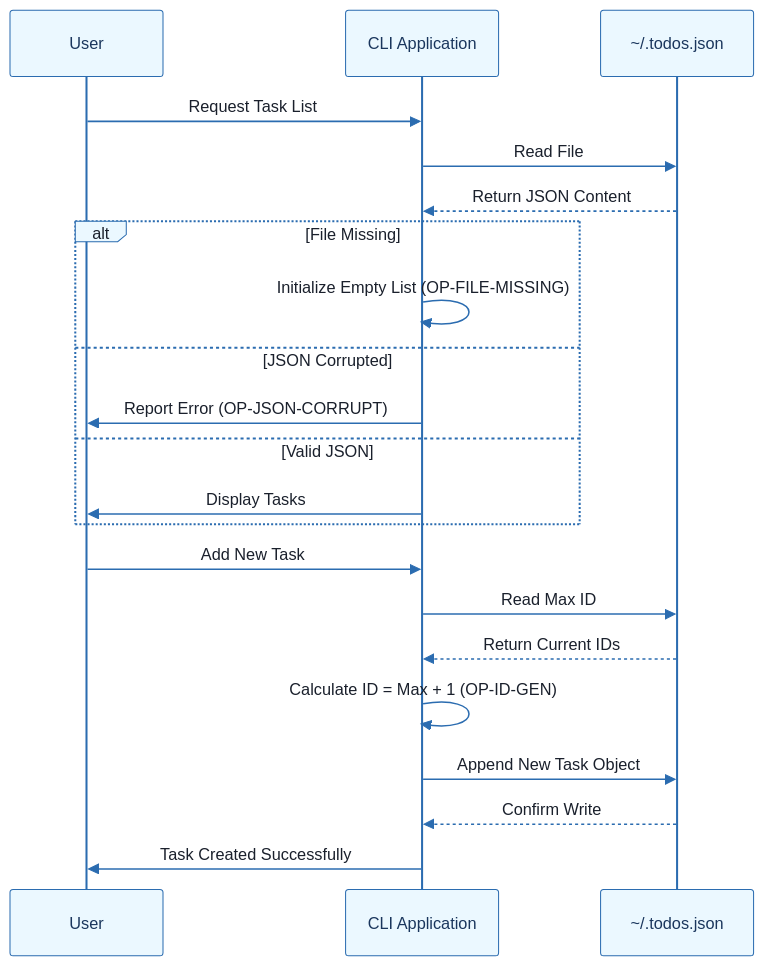
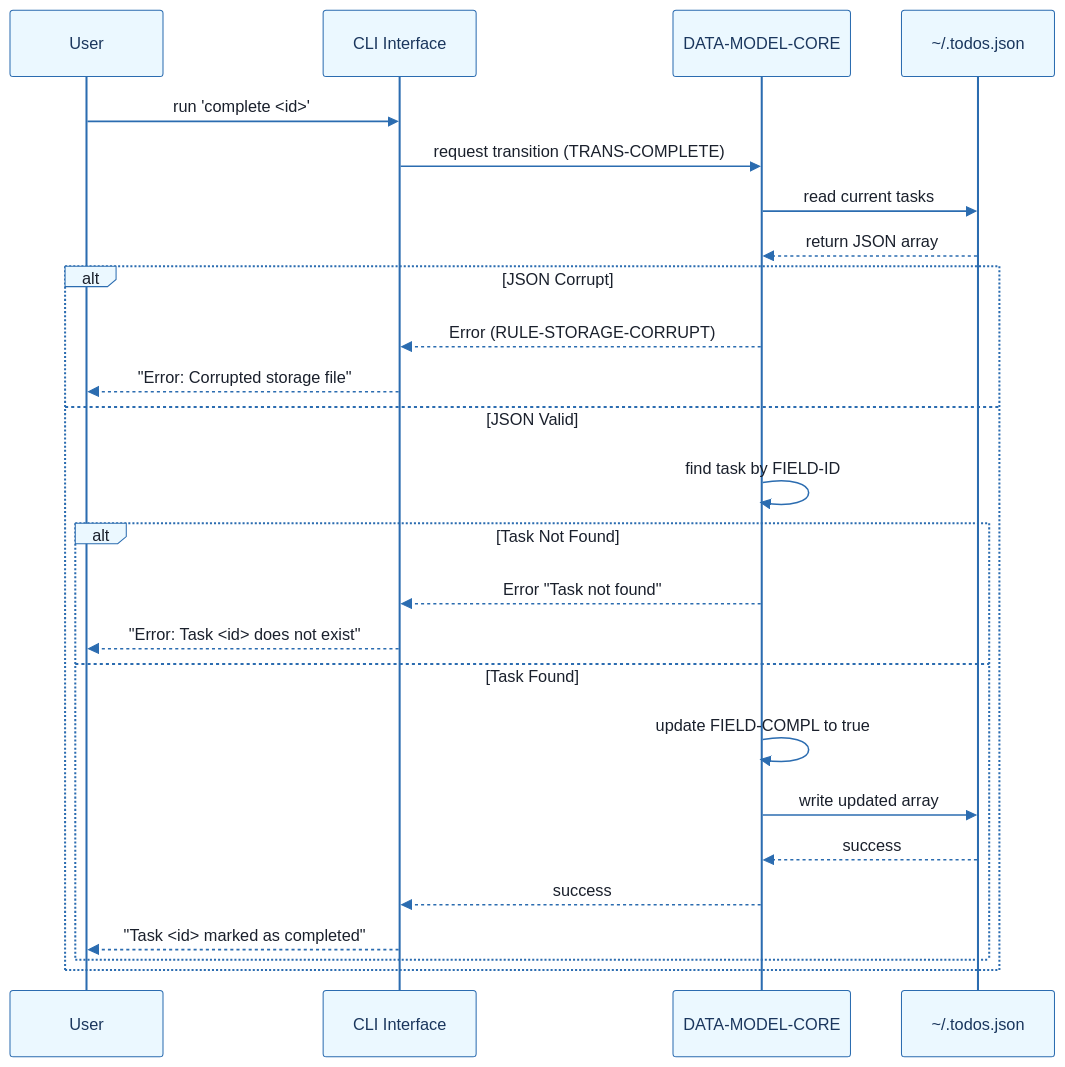
Before and after one commit to abir-ommezzine/extension-github-spec-kit: the seventh of 7 diagrams in outputs/001-cli-todo-manager/markdowns/data-model_v1.0_doc.md, drawn with Mermaid. The commit also changed other lines of this file and 145 other files, not shown here.

````diff
--- a/outputs/001-cli-todo-manager/markdowns/data-model_v1.0_doc.md
+++ b/outputs/001-cli-todo-manager/markdowns/data-model_v1.0_doc.md
@@ -466,66 +516,70 @@
 ```mermaid
 %%{init: {
   'theme': 'base',
   'themeVariables': {
     'primaryColor': '#1A365D',
     'primaryTextColor': '#1A202C',
     'primaryBorderColor': '#2B6CB0',
     'lineColor': '#2B6CB0',
     'secondaryColor': '#EBF8FF',
     'tertiaryColor': '#EBF8FF',
     'background': '#FFFFFF',
     'mainBkg': '#FFFFFF',
     'secondBkg': '#EBF8FF',
     'tertiaryBkg': '#F7FAFC',
     'secondaryTextColor': '#4A5568',
     'fontSize': '16px',
     'fontFamily': 'Inter, system-ui, sans-serif',
     'nodePadding': '15px',
     'borderRadius': '8px',
     'edgeLabelBackground': '#EBF8FF',
     'clusterBkg': '#F7FAFC',
     'clusterBorder': '#2B6CB0',
     'defaultLinkColor': '#2B6CB0',
     'titleColor': '#1A365D',
     'actorBorder': '#2B6CB0',
     'actorBkg': '#EBF8FF',
     'actorTextColor': '#1A365D',
     'actorLineColor': '#2B6CB0',
     'signalColor': '#2B6CB0',
     'signalTextColor': '#1A202C',
     'labelBoxBorderColor': '#2B6CB0',
     'labelBoxBkgColor': '#EBF8FF',
     'labelTextColor': '#1A202C',
     'loopTextColor': '#1A202C',
     'arrowHeadColor': '#2B6CB0',
     'sequenceNumberColor': '#1A365D',
     'sequenceActorBorder': '#2B6CB0',
     'sequenceActorBkg': '#EBF8FF',
     'sequenceArrowColor': '#2B6CB0',
     'noteBkgColor': '#FFF5EB',
     'noteBorderColor': '#DD6B20',
     'noteTextColor': '#1A202C'
   }
 }}%%
 sequenceDiagram
     participant User
-    participant App as CLI Application
+    participant CLI as CLI Interface
+    participant Model as DATA-MODEL-CORE
     participant Storage as ~/.todos.json
-    User->>App: Request Task List
-    App->>Storage: Read File
-    Storage-->>App: Return JSON Content
-    alt File Missing
-        App->>App: Initialize Empty List (OP-FILE-MISSING)
-    else JSON Corrupted
-        App->>User: Report Error (OP-JSON-CORRUPT)
-    else Valid JSON
-        App->>User: Display Tasks
+    User->>CLI: run 'complete <id>'
+    CLI->>Model: request transition (TRANS-COMPLETE)
+    Model->>Storage: read current tasks
+    Storage-->>Model: return JSON array
+    alt JSON Corrupt
+        Model-->>CLI: Error (RULE-STORAGE-CORRUPT)
+        CLI-->>User: "Error: Corrupted storage file"
+    else JSON Valid
+        Model->>Model: find task by FIELD-ID
+        alt Task Not Found
+            Model-->>CLI: Error "Task not found"
+            CLI-->>User: "Error: Task <id> does not exist"
+        else Task Found
+            Model->>Model: update FIELD-COMPL to true
+            Model->>Storage: write updated array
+            Storage-->>Model: success
+            Model-->>CLI: success
+            CLI-->>User: "Task <id> marked as completed"
+        end
     end
-    User->>App: Add New Task
-    App->>Storage: Read Max ID
-    Storage-->>App: Return Current IDs
-    App->>App: Calculate ID = Max + 1 (OP-ID-GEN)
-    App->>Storage: Append New Task Object
-    Storage-->>App: Confirm Write
-    App->>User: Task Created Successfully
 ```
````
